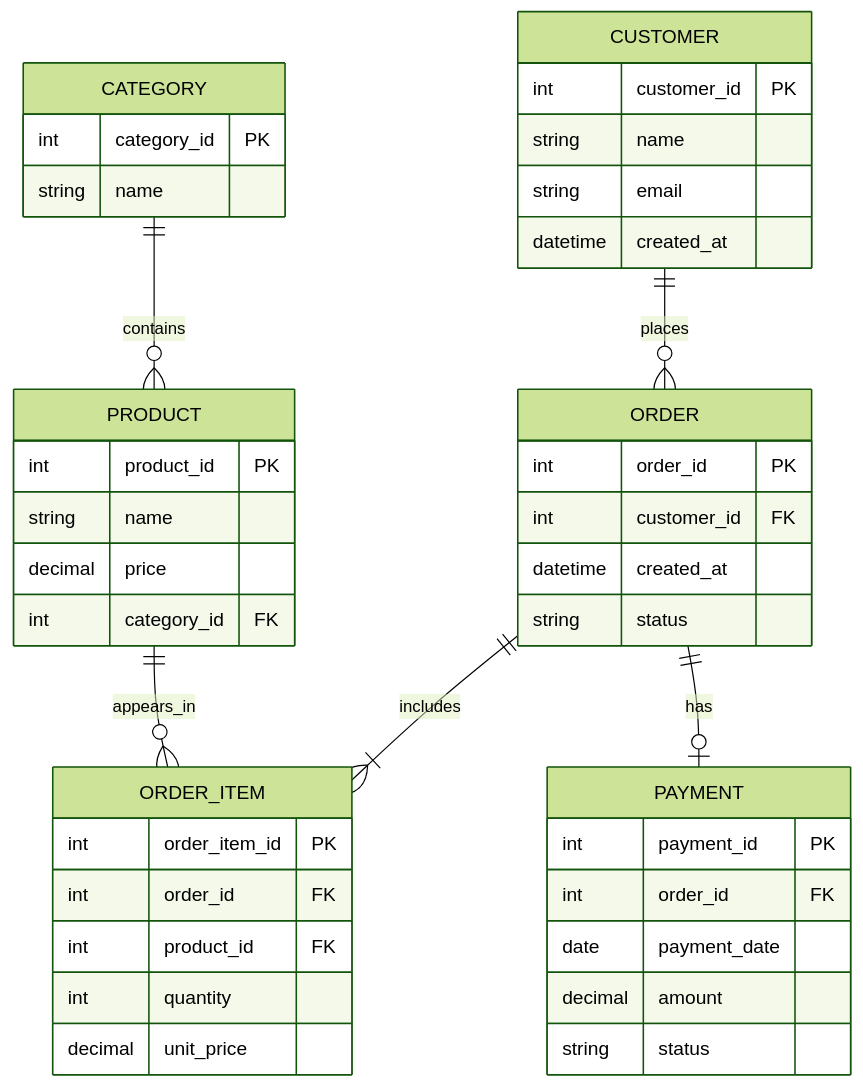
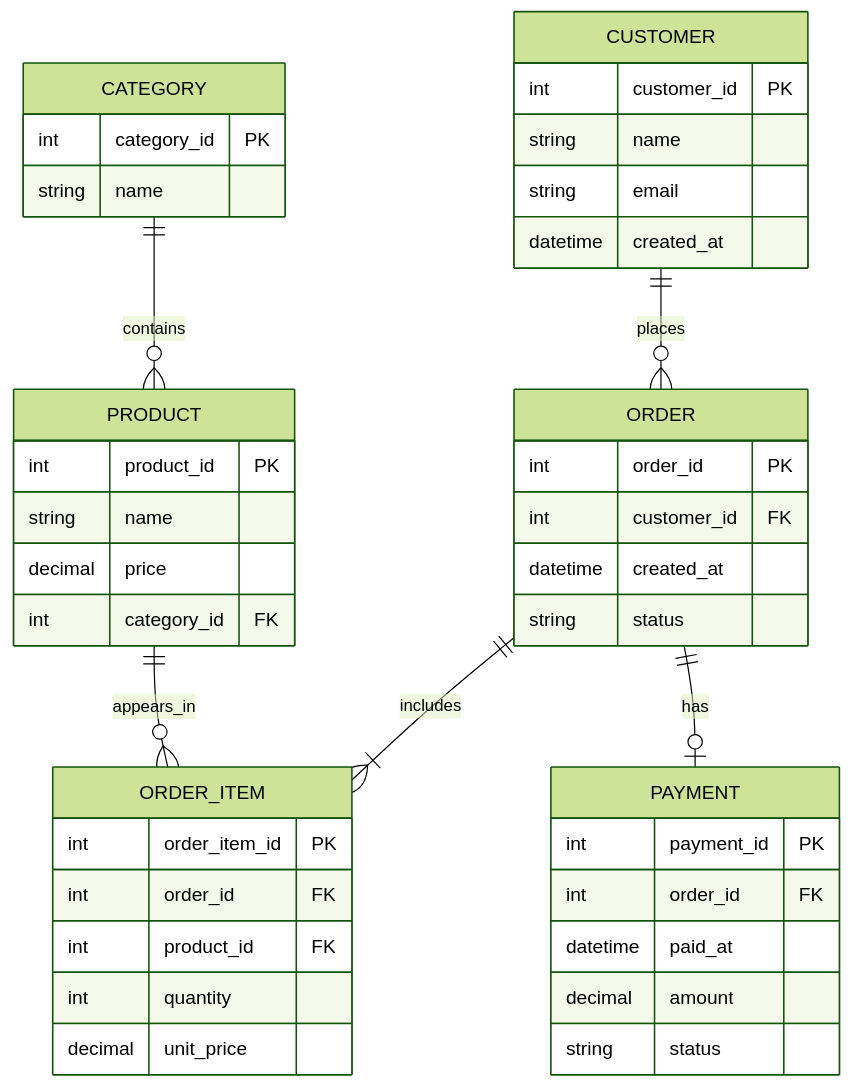
Before and after one commit to fiodm/-ER-: the diagram in er-diagram.md, drawn with Mermaid (forest theme).

````diff
--- a/er-diagram.md
+++ b/er-diagram.md
@@ -4,50 +4,50 @@
 ```mermaid
 erDiagram
     CUSTOMER ||--o{ ORDER : places
     CATEGORY ||--o{ PRODUCT : contains
     ORDER ||--|{ ORDER_ITEM : includes
     PRODUCT ||--o{ ORDER_ITEM : appears_in
     ORDER ||--o| PAYMENT : has
 
     CUSTOMER {
     int customer_id PK
     string name
     string email
     datetime created_at
 }
 
     CATEGORY {
         int category_id PK
         string name
     }
 
     PRODUCT {
         int product_id PK
         string name
         decimal price
         int category_id FK
     }
 
     ORDER {
         int order_id PK
         int customer_id FK
         datetime created_at
         string status
     }
 
     ORDER_ITEM {
         int order_item_id PK
         int order_id FK
         int product_id FK
         int quantity
         decimal unit_price
     }
 
     PAYMENT {
         int payment_id PK
         int order_id FK
-        date payment_date
+        datetime paid_at
         decimal amount
         string status
     }
 ```
````
